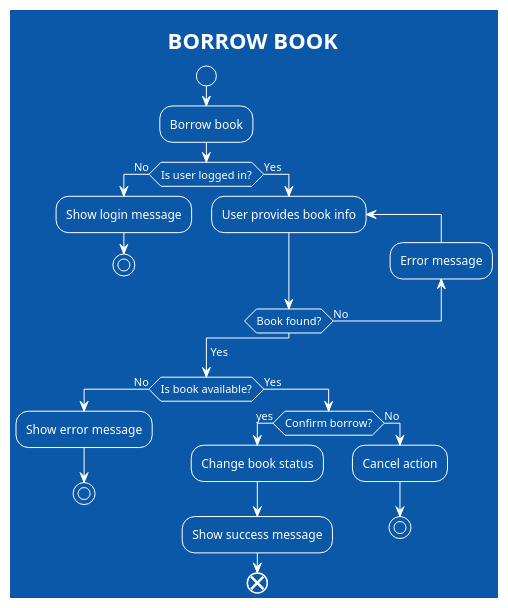
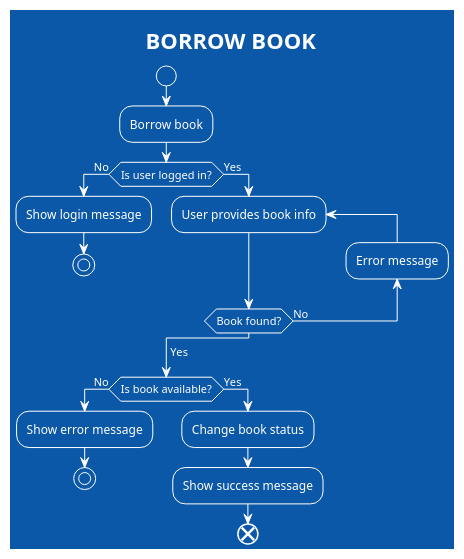
One commit to Gabe-Alvess/LibraryAppDiagrams changed the fourth of 7 diagrams in flowcharts/flowchart-diagrams.md. Above: the diagram before and after it, drawn with PlantUML. The commit also changed other lines of this file and 2 other files, not shown here.

````diff
--- a/flowcharts/flowchart-diagrams.md
+++ b/flowcharts/flowchart-diagrams.md
@@ -90,35 +94,30 @@
 ```plantuml
 
 @startuml
 
 !theme amiga
 title BORROW BOOK
 
 start
 :Borrow book;
 if (Is user logged in?) then (No)
     :Show login message;
     stop
 else (Yes)
     repeat:User provides book info;
     backward:Error message;
     repeat while (Book found?) is (No)
 endif
 ->Yes;
 if (Is book available?) then (No)
     :Show error message;
     stop
 else (Yes)
-    if (Confirm borrow?) then (yes)
-        :Change book status;
-        :Show success message;
-        end
-    else (No)
-        :Cancel action;
-        stop
-    endif
+    :Change book status;
+    :Show success message;
+    end
 endif
 
 @enduml
 
 ```
````
